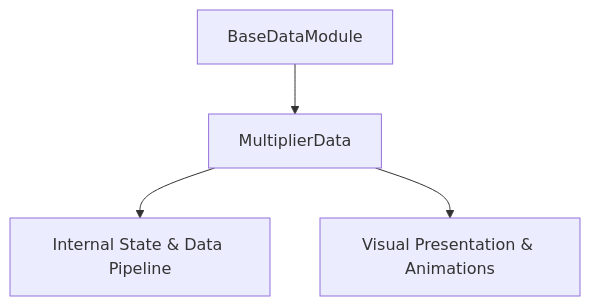
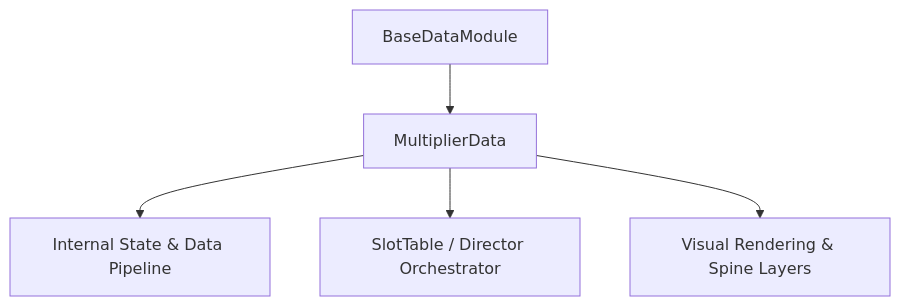
The diagram in docs/cc_slot_mechanics/modules/MultiplierData/01_overview/01_architecture_and_role.md (lam-ark/mcp-fwcc), drawn with Mermaid before and after one commit. The commit also changed other lines of this file and 2509 other files, not shown here.

````diff
--- a/docs/cc_slot_mechanics/modules/MultiplierData/01_overview/01_architecture_and_role.md
+++ b/docs/cc_slot_mechanics/modules/MultiplierData/01_overview/01_architecture_and_role.md
@@ -18,6 +24,7 @@
 ```mermaid
 graph TD
-    Parent[BaseDataModule] --> Mod[MultiplierData]
-    Mod --> State[Internal State & Data Pipeline]
-    Mod --> Render[Visual Presentation & Animations]
+    SuperClass[BaseDataModule] --> TargetClass[MultiplierData]
+    TargetClass --> DataPipeline[Internal State & Data Pipeline]
+    TargetClass --> Orchestrator[SlotTable / Director Orchestrator]
+    TargetClass --> ViewLayer[Visual Rendering & Spine Layers]
 ```
````
